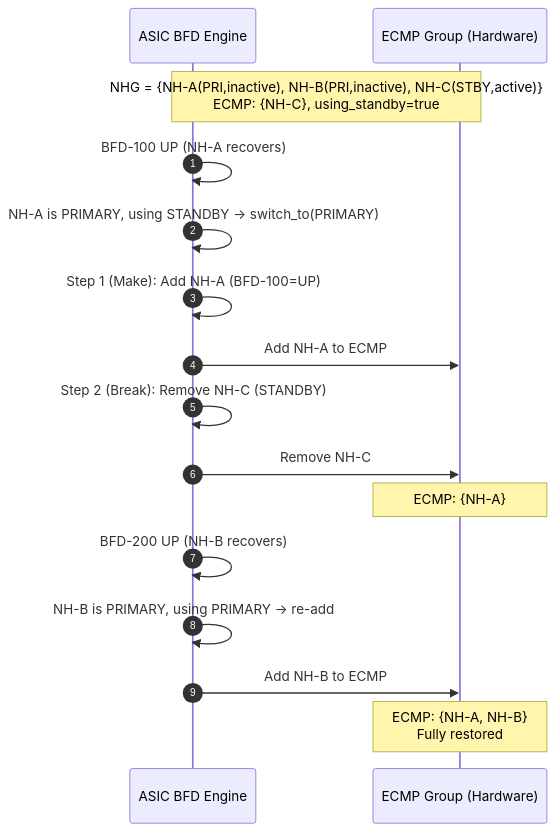
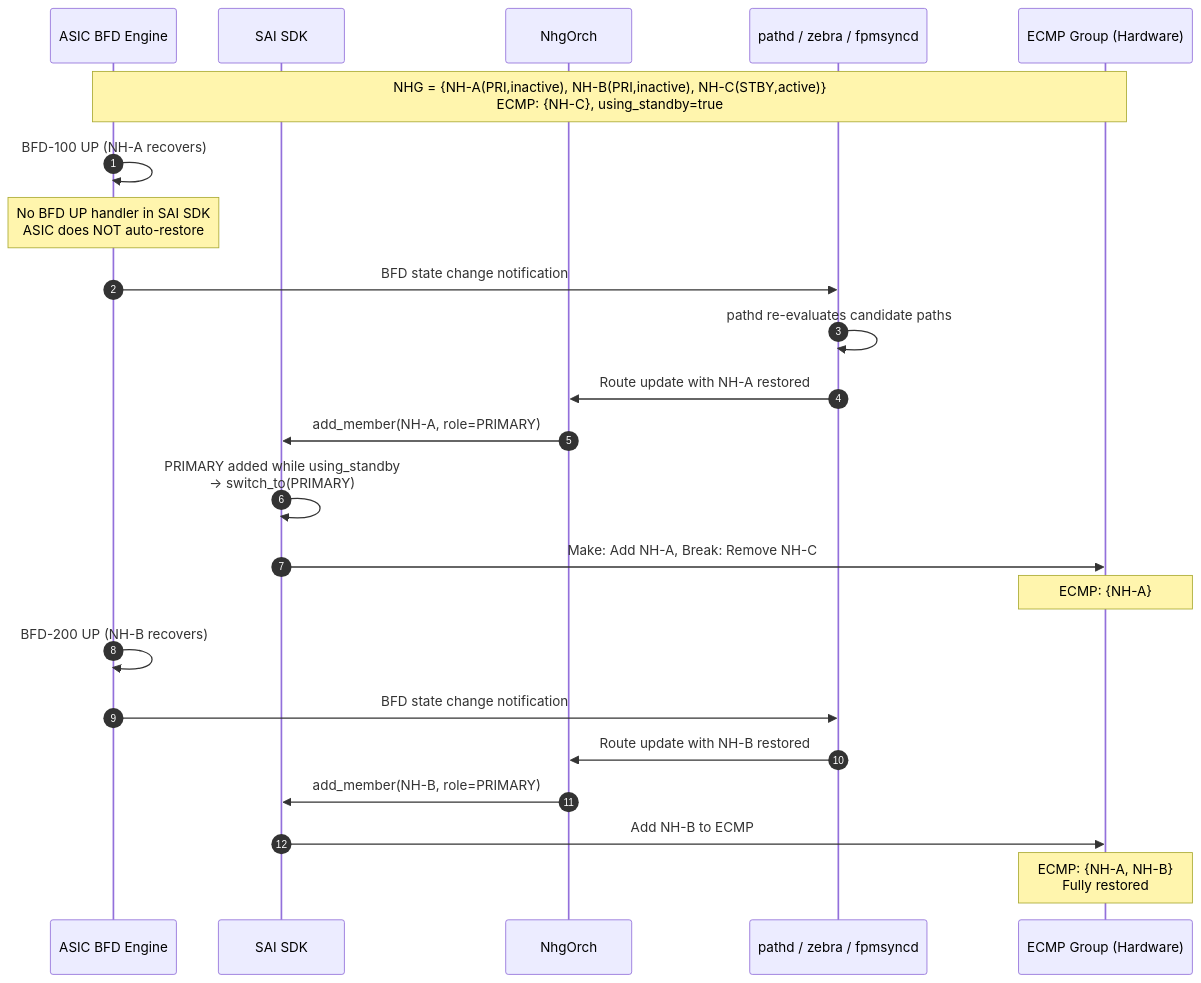
One commit to sonic-net/SONiC changed the fourth of 4 diagrams in doc/bfd/BFD_SAI_Triggered_NHG_Fast_Switchover_HLD.md. Above: the diagram before and after it, drawn with Mermaid. The commit also changed other lines of this file, not shown here.

First line of the commit message:
Fix BFD UP restore: control plane driven, not ASIC autonomous

````diff
--- a/doc/bfd/BFD_SAI_Triggered_NHG_Fast_Switchover_HLD.md
+++ b/doc/bfd/BFD_SAI_Triggered_NHG_Fast_Switchover_HLD.md
@@ -872,21 +877,29 @@
 ```mermaid
 sequenceDiagram
     autonumber
     participant ASIC as ASIC BFD Engine
+    participant SAI as SAI SDK
+    participant NhgOrch as NhgOrch
+    participant CP as pathd / zebra / fpmsyncd
     participant NHG as ECMP Group (Hardware)
 
     Note over ASIC,NHG: NHG = {NH-A(PRI,inactive), NH-B(PRI,inactive), NH-C(STBY,active)}<br/>ECMP: {NH-C}, using_standby=true
 
     ASIC->>ASIC: BFD-100 UP (NH-A recovers)
-    ASIC->>ASIC: NH-A is PRIMARY, using STANDBY → switch_to(PRIMARY)
-    ASIC->>ASIC: Step 1 (Make): Add NH-A (BFD-100=UP)
-    ASIC->>NHG: Add NH-A to ECMP
-    ASIC->>ASIC: Step 2 (Break): Remove NH-C (STANDBY)
-    ASIC->>NHG: Remove NH-C
+    Note over ASIC: No BFD UP handler in SAI SDK<br/>ASIC does NOT auto-restore
+
+    ASIC->>CP: BFD state change notification
+    CP->>CP: pathd re-evaluates candidate paths
+    CP->>NhgOrch: Route update with NH-A restored
+    NhgOrch->>SAI: add_member(NH-A, role=PRIMARY)
+    SAI->>SAI: PRIMARY added while using_standby<br/>→ switch_to(PRIMARY)
+    SAI->>NHG: Make: Add NH-A, Break: Remove NH-C
     Note over NHG: ECMP: {NH-A}
 
     ASIC->>ASIC: BFD-200 UP (NH-B recovers)
-    ASIC->>ASIC: NH-B is PRIMARY, using PRIMARY → re-add
-    ASIC->>NHG: Add NH-B to ECMP
+    ASIC->>CP: BFD state change notification
+    CP->>NhgOrch: Route update with NH-B restored
+    NhgOrch->>SAI: add_member(NH-B, role=PRIMARY)
+    SAI->>NHG: Add NH-B to ECMP
     Note over NHG: ECMP: {NH-A, NH-B}<br/>Fully restored
 ```
````
